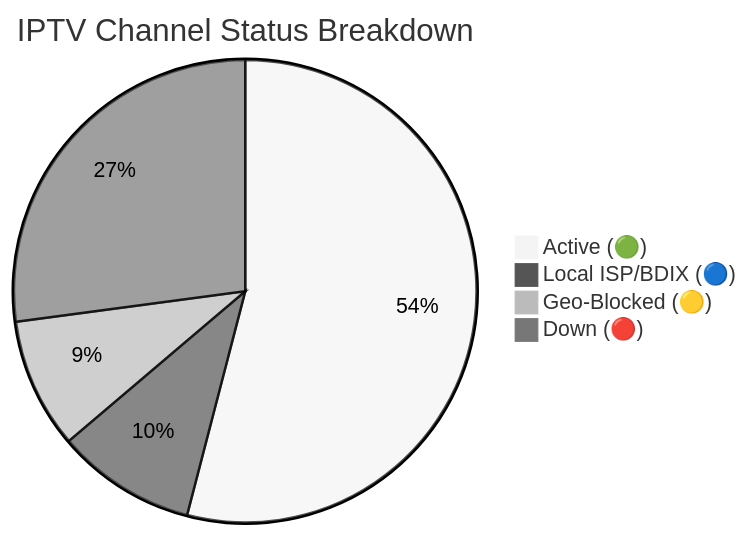
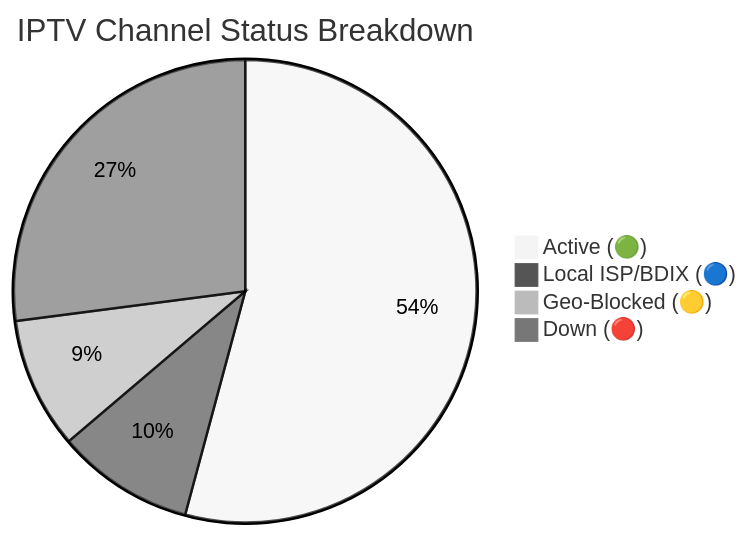
The diagram in README.md (f6388600-ai/Web), drawn with Mermaid (neutral theme) before and after one commit. The commit also changed other lines of this file and 6 other files, not shown here.

````diff
--- a/README.md
+++ b/README.md
@@ -149,7 +149,7 @@
 ```mermaid
 pie title IPTV Channel Status Breakdown
-    "Active (🟢)" : 9535
-    "Local ISP/BDIX (🔵)" : 1720
-    "Geo-Blocked (🟡)" : 1604
-    "Down (🔴)" : 4783
+    "Active (🟢)" : 9582
+    "Local ISP/BDIX (🔵)" : 1698
+    "Geo-Blocked (🟡)" : 1620
+    "Down (🔴)" : 4785
 ```
````
